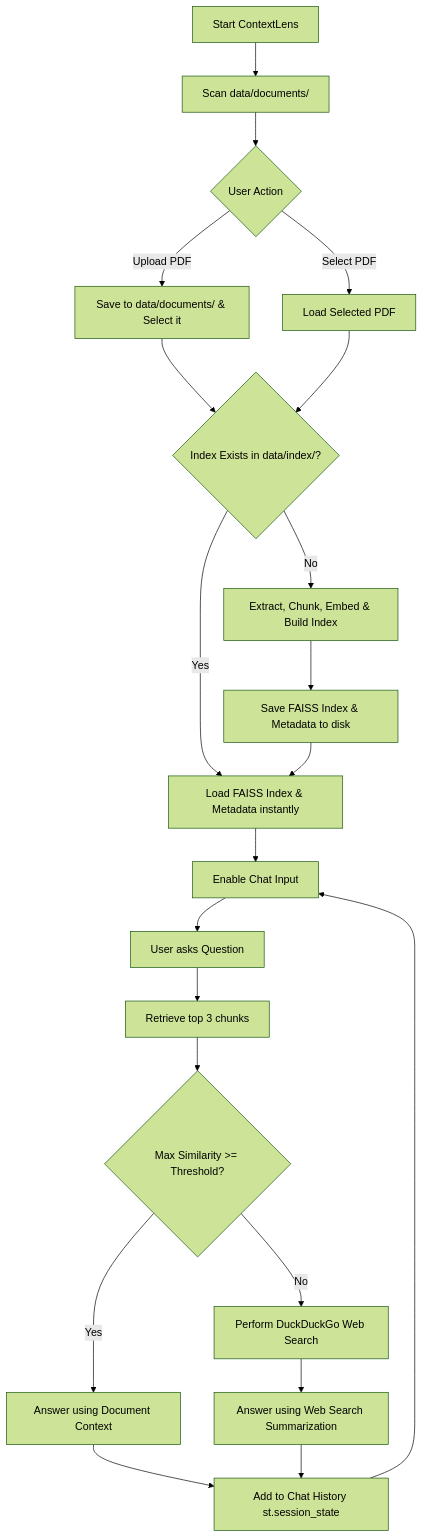
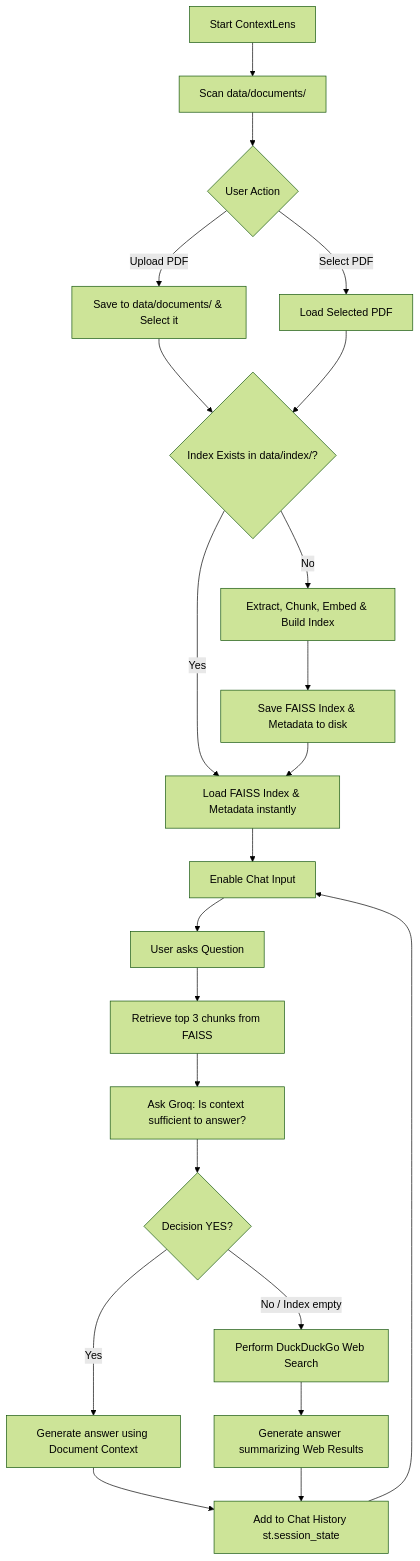
Before and after one commit to Soumalya-1/ContextLens: the diagram in README.md, drawn with Mermaid (forest theme). The commit also changed other lines of this file, not shown here.

````diff
--- a/README.md
+++ b/README.md
@@ -48,23 +48,24 @@
 ```mermaid
 graph TD
     A[Start ContextLens] --> B[Scan data/documents/]
     B --> C{User Action}
     C -->|Upload PDF| D[Save to data/documents/ & Select it]
     C -->|Select PDF| E[Load Selected PDF]
     D --> F{Index Exists in data/index/?}
     E --> F
     F -->|Yes| G[Load FAISS Index & Metadata instantly]
     F -->|No| H[Extract, Chunk, Embed & Build Index]
     H --> I[Save FAISS Index & Metadata to disk]
     I --> G
     G --> J[Enable Chat Input]
     J --> K[User asks Question]
-    K --> L[Retrieve top 3 chunks]
-    L --> M{Max Similarity >= Threshold?}
-    M -->|Yes| N[Answer using Document Context]
-    M -->|No| O[Perform DuckDuckGo Web Search]
-    O --> P[Answer using Web Search Summarization]
-    N --> Q[Add to Chat History st.session_state]
-    P --> Q
-    Q --> J
+    K --> L[Retrieve top 3 chunks from FAISS]
+    L --> M[Ask Groq: Is context sufficient to answer?]
+    M --> N{Decision YES?}
+    N -->|Yes| O[Generate answer using Document Context]
+    N -->|No / Index empty| P[Perform DuckDuckGo Web Search]
+    P --> Q[Generate answer summarizing Web Results]
+    O --> R[Add to Chat History st.session_state]
+    Q --> R
+    R --> J
 ```
````
